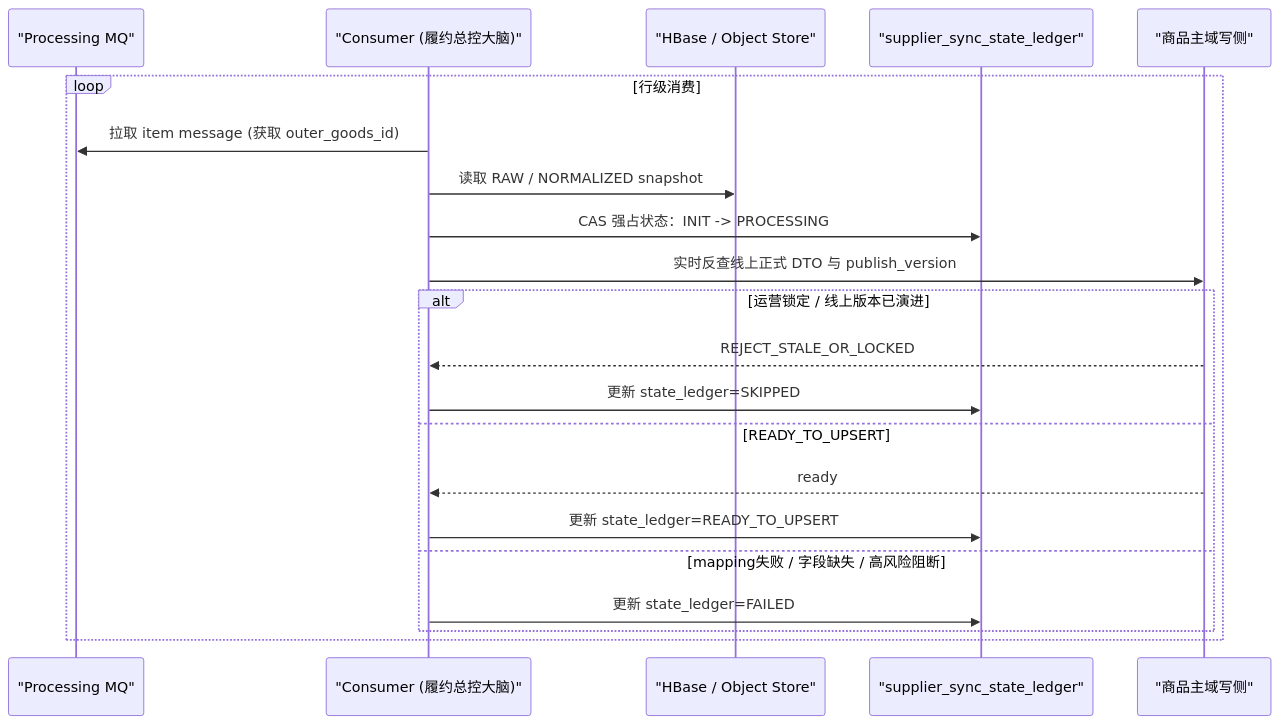
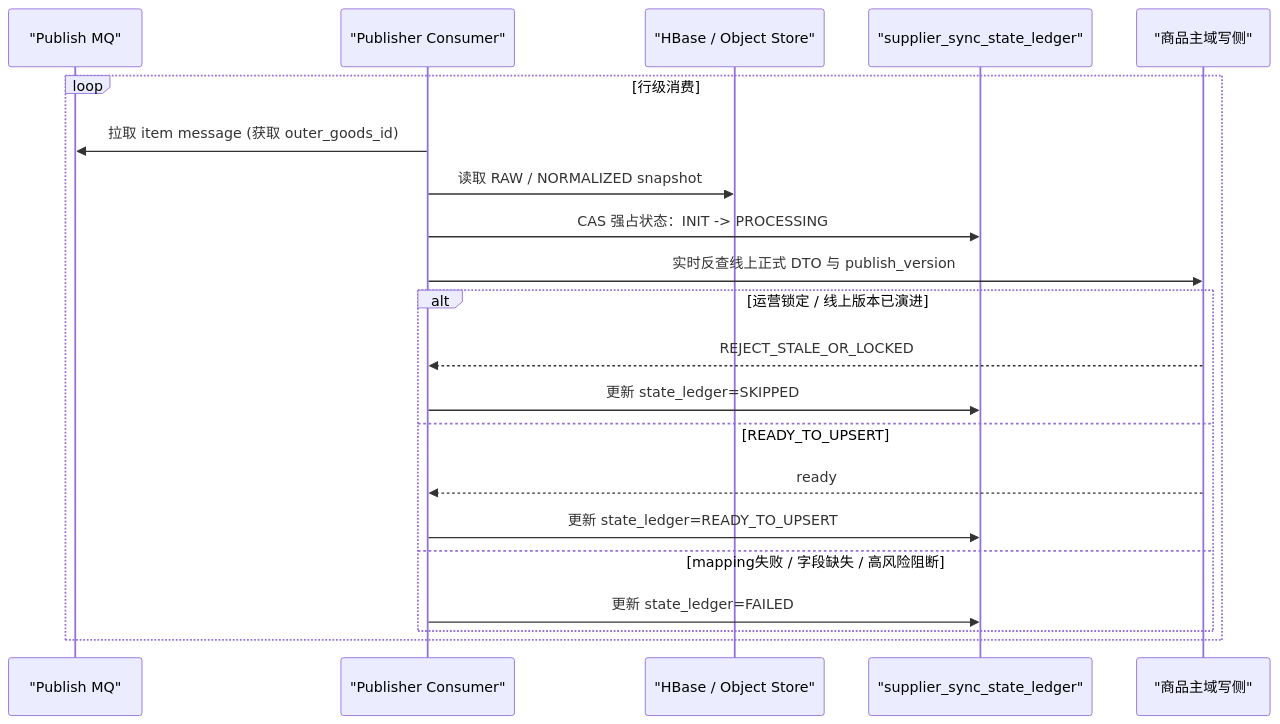
One commit to wxquare/wxquare.github.io changed diagram 13 of 34 in books/system-design-architecture-book/src/part02/12-ecommerce-product-supply-inventory-lifecycle.md. Above: the diagram before and after it, drawn with Mermaid. The commit also changed other lines of this file and 17 other files, not shown here.

````diff
--- a/books/system-design-architecture-book/src/part02/12-ecommerce-product-supply-inventory-lifecycle.md
+++ b/books/system-design-architecture-book/src/part02/12-ecommerce-product-supply-inventory-lifecycle.md
@@ -2698,24 +3091,24 @@
 ```mermaid
 sequenceDiagram
-    participant MQP as "Processing MQ"
-    participant CONS as "Consumer (履约总控大脑)"
+    participant MQP as "Publish MQ"
+    participant CONS as "Publisher Consumer"
     participant HDB as "HBase / Object Store"
     participant SL as "supplier_sync_state_ledger"
     participant P as "商品主域写侧"
 
     loop 行级消费
         CONS->>MQP: 拉取 item message (获取 outer_goods_id)
         CONS->>HDB: 读取 RAW / NORMALIZED snapshot
         CONS->>SL: CAS 强占状态：INIT -> PROCESSING
         CONS->>P: 实时反查线上正式 DTO 与 publish_version
         alt 运营锁定 / 线上版本已演进
             P-->>CONS: REJECT_STALE_OR_LOCKED
             CONS->>SL: 更新 state_ledger=SKIPPED
         else READY_TO_UPSERT
             P-->>CONS: ready
             CONS->>SL: 更新 state_ledger=READY_TO_UPSERT
         else mapping失败 / 字段缺失 / 高风险阻断
             CONS->>SL: 更新 state_ledger=FAILED
         end
     end
 ```
````
